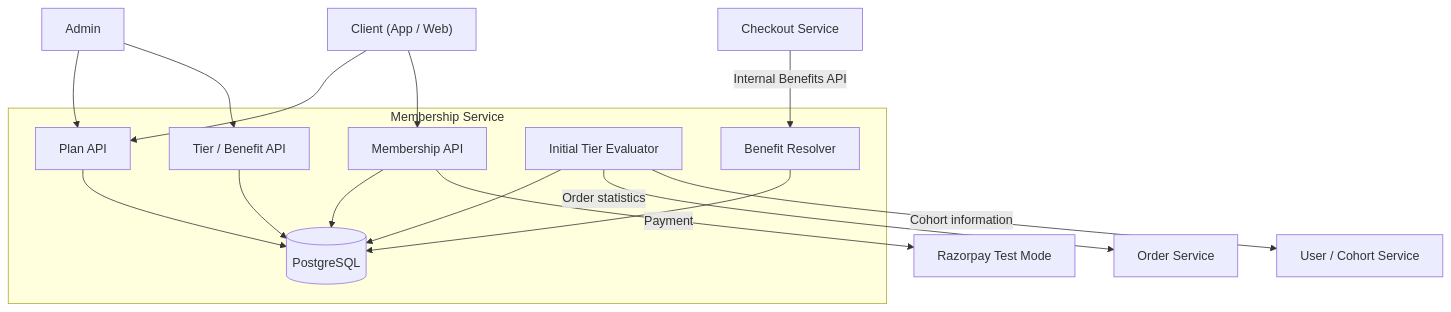
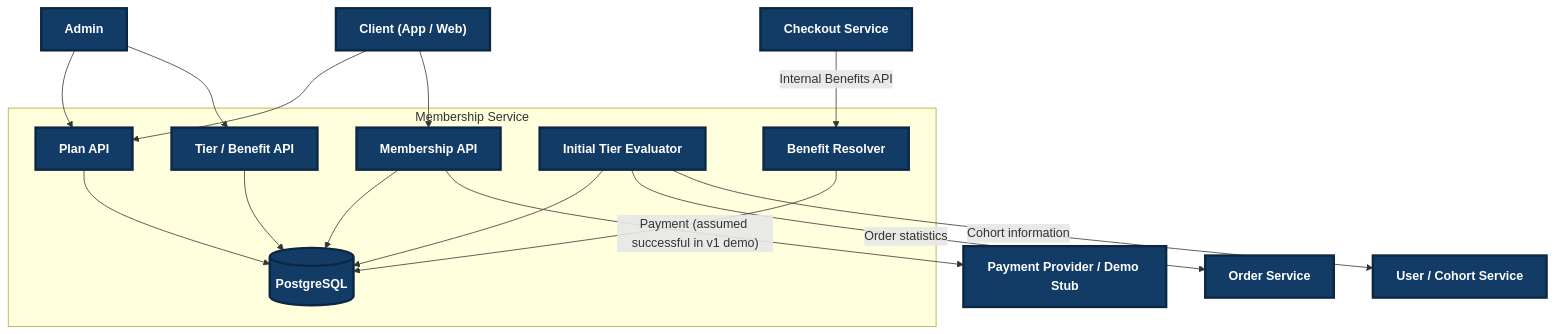
One commit to Veeru123456778/subscription-plans-engine changed the diagram in tech-spec.md. Above: the diagram before and after it, drawn with Mermaid. The commit also changed other lines of this file, not shown here.

````diff
--- a/tech-spec.md
+++ b/tech-spec.md
@@ -25,37 +25,42 @@
 ```mermaid
 flowchart TB
     Client["Client (App / Web)"]
     Admin["Admin"]
     Checkout["Checkout Service"]
 
     subgraph MS["Membership Service"]
         PlanAPI["Plan API"]
         TierAPI["Tier / Benefit API"]
         MembershipAPI["Membership API"]
         TierEvaluator["Initial Tier Evaluator"]
         BenefitResolver["Benefit Resolver"]
         DB[("PostgreSQL")]
 
         PlanAPI --> DB
         TierAPI --> DB
         MembershipAPI --> DB
         TierEvaluator --> DB
         BenefitResolver --> DB
     end
 
     OrderSvc["Order Service"]
     CohortSvc["User / Cohort Service"]
-    Razorpay["Razorpay Test Mode"]
+    Razorpay["Payment Provider / Demo Stub"]
 
     Client --> PlanAPI
     Client --> MembershipAPI
     Admin --> PlanAPI
     Admin --> TierAPI
 
     Checkout -->|"Internal Benefits API"| BenefitResolver
 
     TierEvaluator -->|"Order statistics"| OrderSvc
     TierEvaluator -->|"Cohort information"| CohortSvc
 
-    MembershipAPI -->|"Payment"| Razorpay
+    MembershipAPI -->|"Payment (assumed successful in v1 demo)"| Razorpay
+
+    classDef block fill:#123B66,stroke:#0B2744,stroke-width:3px,color:#FFFFFF,font-weight:bold;
+    classDef db fill:#123B66,stroke:#0B2744,stroke-width:3px,color:#FFFFFF,font-weight:bold;
+    class Client,Admin,Checkout,PlanAPI,TierAPI,MembershipAPI,TierEvaluator,BenefitResolver,OrderSvc,CohortSvc,Razorpay block;
+    class DB db;
 ```
````
